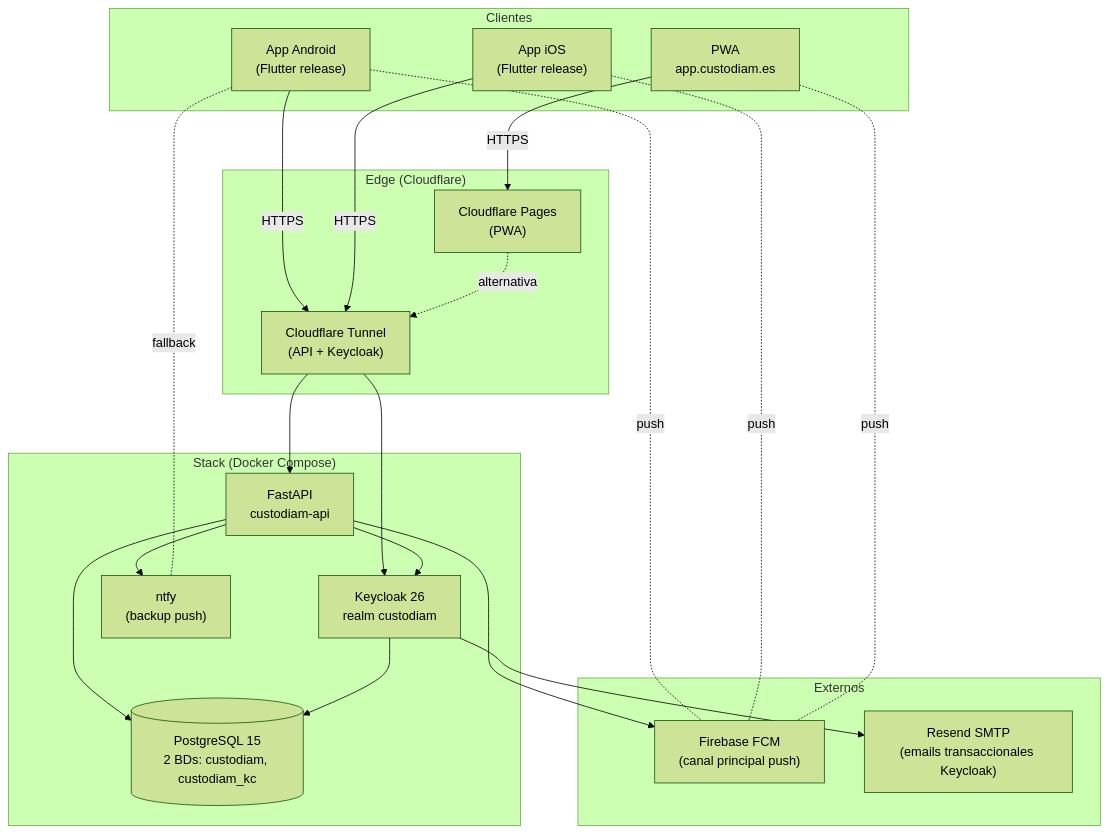
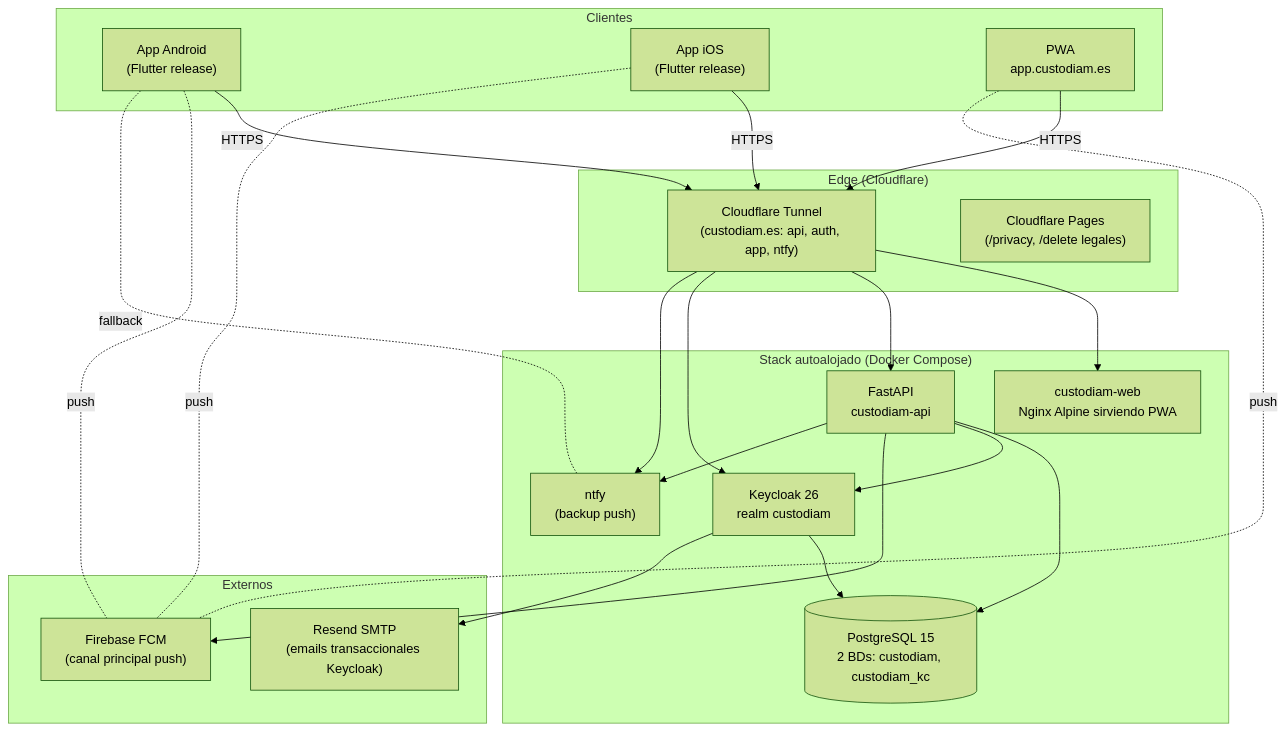
The diagram in docs/arquitectura/stack.md (custodiam/custodiam-book), drawn with Mermaid (forest theme) before and after one commit. The commit also changed 15 other files, not shown here.

````diff
--- a/docs/arquitectura/stack.md
+++ b/docs/arquitectura/stack.md
@@ -79,46 +79,48 @@
 ```mermaid
 flowchart TB
     subgraph Clients["Clientes"]
         APP_Android["App Android<br/>(Flutter release)"]
         APP_iOS["App iOS<br/>(Flutter release)"]
         APP_Web["PWA<br/>app.custodiam.es"]
     end
 
     subgraph Edge["Edge (Cloudflare)"]
-        CF_Tunnel["Cloudflare Tunnel<br/>(API + Keycloak)"]
-        CF_Pages["Cloudflare Pages<br/>(PWA)"]
+        CF_Tunnel["Cloudflare Tunnel<br/>(custodiam.es: api, auth, app, ntfy)"]
+        CF_PagesLegal["Cloudflare Pages<br/>(/privacy, /delete legales)"]
     end
 
-    subgraph Stack["Stack (Docker Compose)"]
+    subgraph Stack["Stack autoalojado (Docker Compose)"]
+        WEB["custodiam-web<br/>Nginx Alpine sirviendo PWA"]
         API["FastAPI<br/>custodiam-api"]
         KC["Keycloak 26<br/>realm custodiam"]
         DB[("PostgreSQL 15<br/>2 BDs: custodiam, custodiam_kc")]
         NTFY["ntfy<br/>(backup push)"]
     end
 
     subgraph External["Externos"]
         FCM["Firebase FCM<br/>(canal principal push)"]
         Resend["Resend SMTP<br/>(emails transaccionales Keycloak)"]
     end
 
     APP_Android -- HTTPS --> CF_Tunnel
     APP_iOS -- HTTPS --> CF_Tunnel
-    APP_Web -- HTTPS --> CF_Pages
-    CF_Pages -.alternativa.-> CF_Tunnel
+    APP_Web -- HTTPS --> CF_Tunnel
 
+    CF_Tunnel --> WEB
     CF_Tunnel --> API
     CF_Tunnel --> KC
+    CF_Tunnel --> NTFY
 
     API --> DB
     API --> KC
     API --> FCM
     API --> NTFY
 
     KC --> DB
     KC --> Resend
 
     APP_Android -.push.- FCM
     APP_iOS -.push.- FCM
     APP_Web -.push.- FCM
     APP_Android -.fallback.- NTFY
 ```
````
